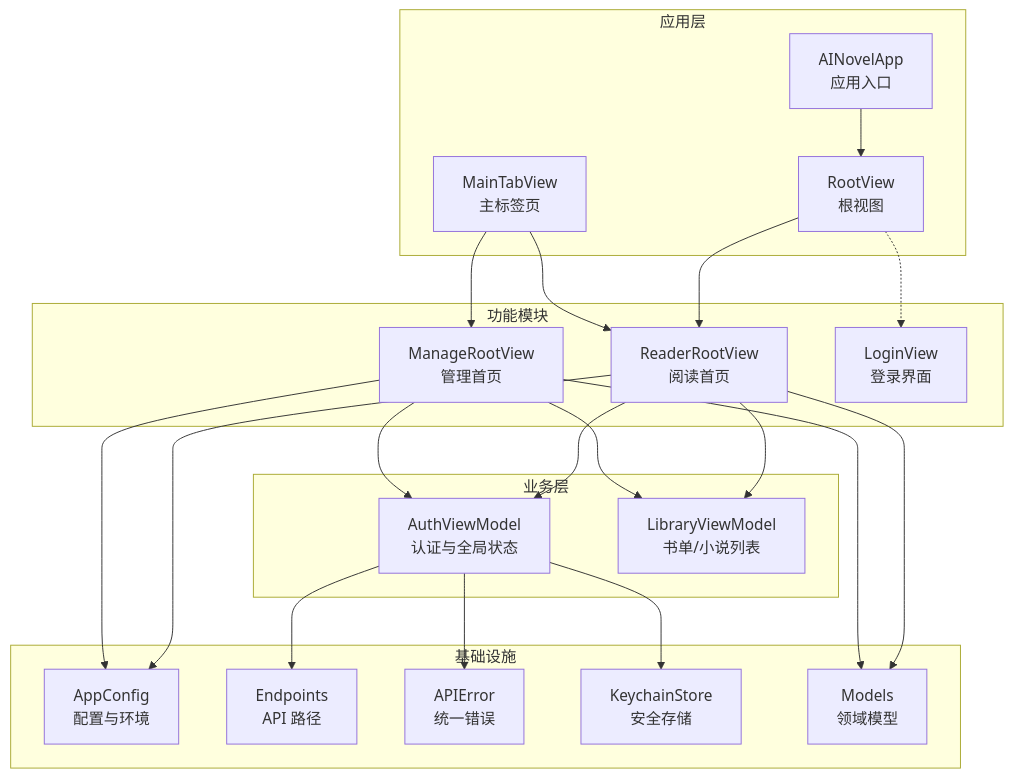
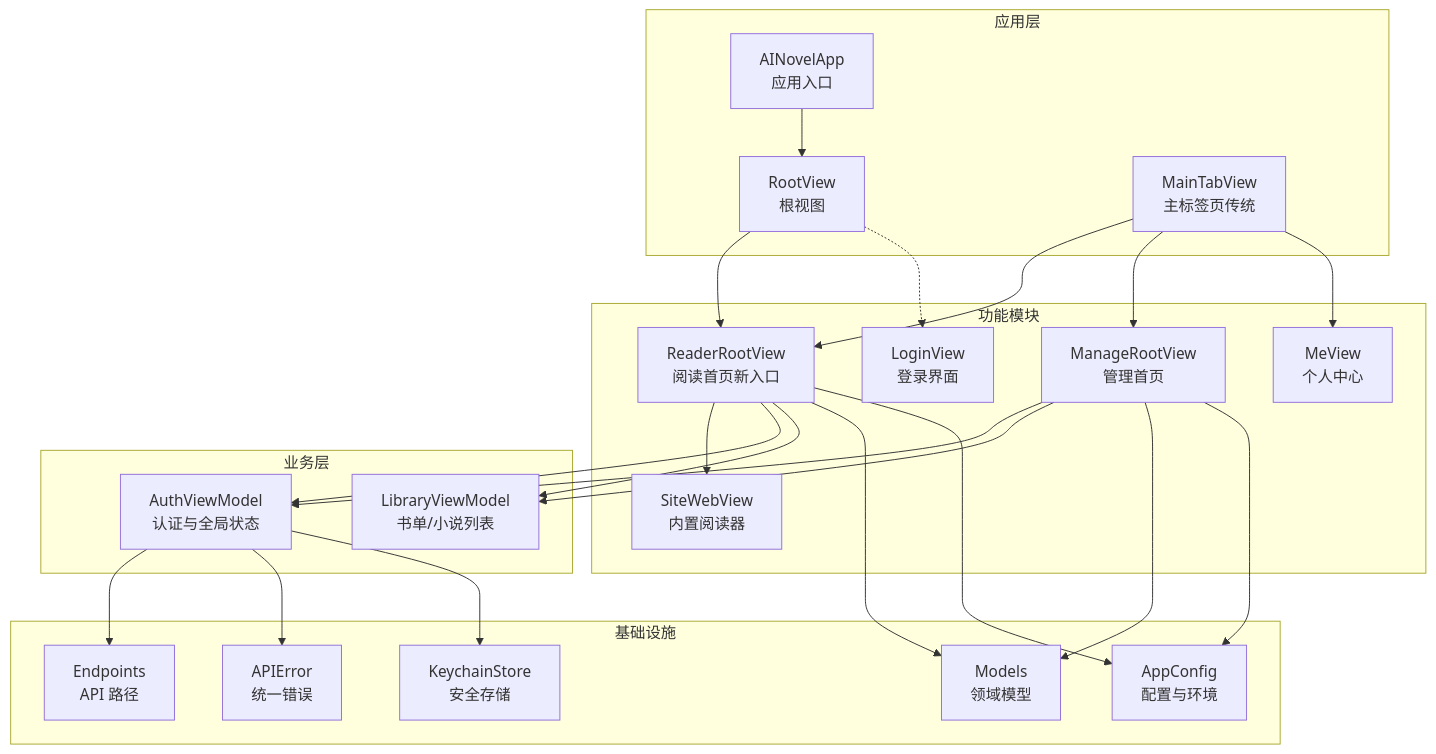
One commit to javaandnet/ainovel changed the first of 11 diagrams in .qoder/repowiki/zh/content/系统架构设计/前端架构设计/iOS 应用架构.md. Above: the diagram before and after it, drawn with Mermaid. The commit also changed other lines of this file and 89 other files, not shown here.

````diff
--- a/.qoder/repowiki/zh/content/系统架构设计/前端架构设计/iOS 应用架构.md
+++ b/.qoder/repowiki/zh/content/系统架构设计/前端架构设计/iOS 应用架构.md
@@ -52,40 +63,44 @@
 ```mermaid
 graph TB
 subgraph "应用层"
 AINovelApp["AINovelApp<br/>应用入口"]
 RootView["RootView<br/>根视图"]
-MainTabView["MainTabView<br/>主标签页"]
+MainTabView["MainTabView<br/>主标签页传统"]
 end
 subgraph "功能模块"
-ReaderRootView["ReaderRootView<br/>阅读首页"]
+ReaderRootView["ReaderRootView<br/>阅读首页新入口"]
 ManageRootView["ManageRootView<br/>管理首页"]
 LoginView["LoginView<br/>登录界面"]
+SiteWebView["SiteWebView<br/>内置阅读器"]
+MeView["MeView<br/>个人中心"]
 end
 subgraph "业务层"
 AuthViewModel["AuthViewModel<br/>认证与全局状态"]
 LibraryViewModel["LibraryViewModel<br/>书单/小说列表"]
 end
 subgraph "基础设施"
 AppConfig["AppConfig<br/>配置与环境"]
 Endpoints["Endpoints<br/>API 路径"]
 APIError["APIError<br/>统一错误"]
 KeychainStore["KeychainStore<br/>安全存储"]
 Models["Models<br/>领域模型"]
 end
 AINovelApp --> RootView
 RootView --> ReaderRootView
 RootView -.-> LoginView
 MainTabView --> ReaderRootView
 MainTabView --> ManageRootView
+MainTabView --> MeView
+ReaderRootView --> SiteWebView
 ReaderRootView --> AuthViewModel
+ReaderRootView --> LibraryViewModel
 ManageRootView --> AuthViewModel
-ReaderRootView --> LibraryViewModel
 ManageRootView --> LibraryViewModel
 AuthViewModel --> Endpoints
 AuthViewModel --> APIError
 AuthViewModel --> KeychainStore
 ReaderRootView --> Models
 ManageRootView --> Models
 ReaderRootView --> AppConfig
 ManageRootView --> AppConfig
 ```
````
